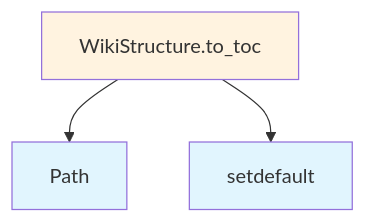
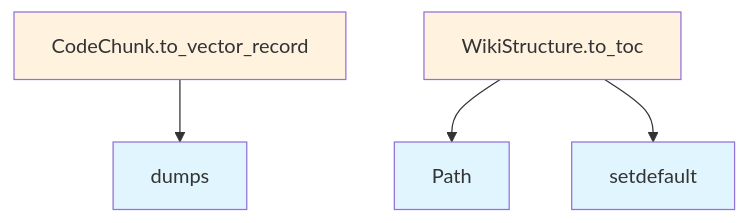
Before and after one commit to UrbanDiver/local-deepwiki-mcp: the second of 2 diagrams in .deepwiki/files/src/local_deepwiki/models.md, drawn with Mermaid. The commit also changed other lines of this file and 35 other files, not shown here.

````diff
--- a/.deepwiki/files/src/local_deepwiki/models.md
+++ b/.deepwiki/files/src/local_deepwiki/models.md
@@ -202,12 +512,15 @@
 ```mermaid
 flowchart TD
-    N0[Path]
-    N1[WikiStructure.to_toc]
-    N2[setdefault]
-    N1 --> N0
-    N1 --> N2
+    N0[CodeChunk.to_vector_record]
+    N1[Path]
+    N2[WikiStructure.to_toc]
+    N3[dumps]
+    N4[setdefault]
+    N0 --> N3
+    N2 --> N1
+    N2 --> N4
     classDef func fill:#e1f5fe
-    class N0,N2 func
+    class N1,N3,N4 func
     classDef method fill:#fff3e0
-    class N1 method
+    class N0,N2 method
 ```
````
